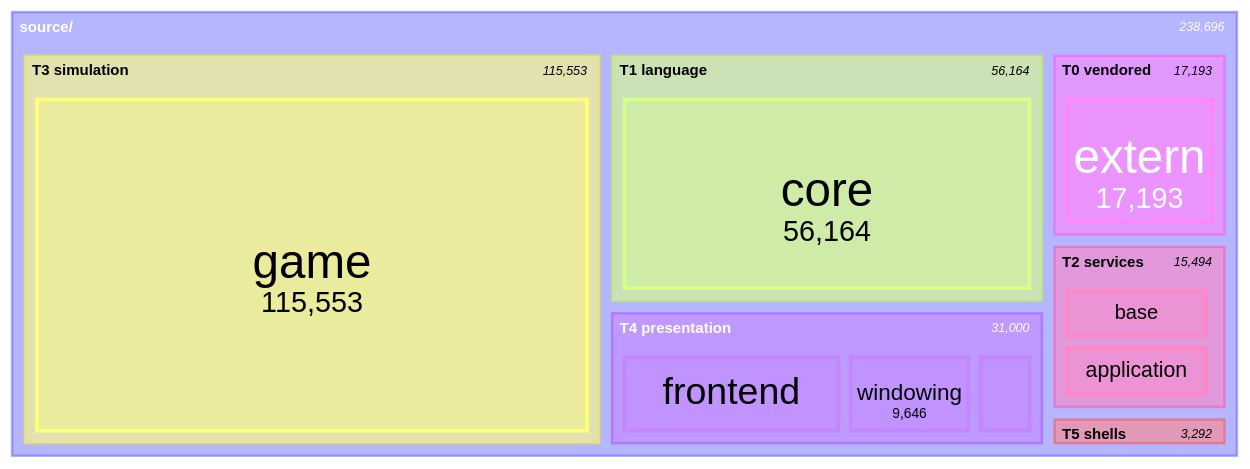
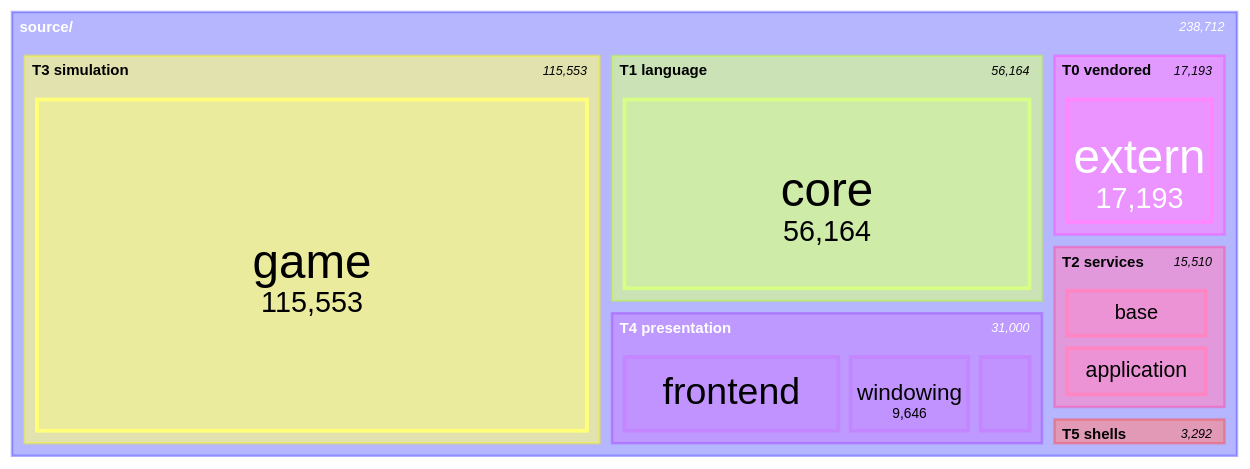
Before and after one commit to apnex/OpenStarbound: the seventh of 11 diagrams in docs/architecture/system-boundaries.md, drawn with Mermaid. The commit also changed other lines of this file and 1 other file, not shown here.

````diff
--- a/docs/architecture/system-boundaries.md
+++ b/docs/architecture/system-boundaries.md
@@ -587,22 +587,22 @@
 ```mermaid
 treemap-beta
 "source/"
     "T0 vendored"
         "extern": 17193
     "T1 language"
         "core": 56164
     "T2 services"
         "base": 7449
         "application": 7444
-        "metrics": 459
+        "metrics": 475
         "platform": 142
     "T3 simulation"
         "game": 115553
     "T4 presentation"
         "frontend": 16863
         "windowing": 9646
         "rendering": 4491
     "T5 shells"
         "client": 2509
         "server": 783
 ```
````
